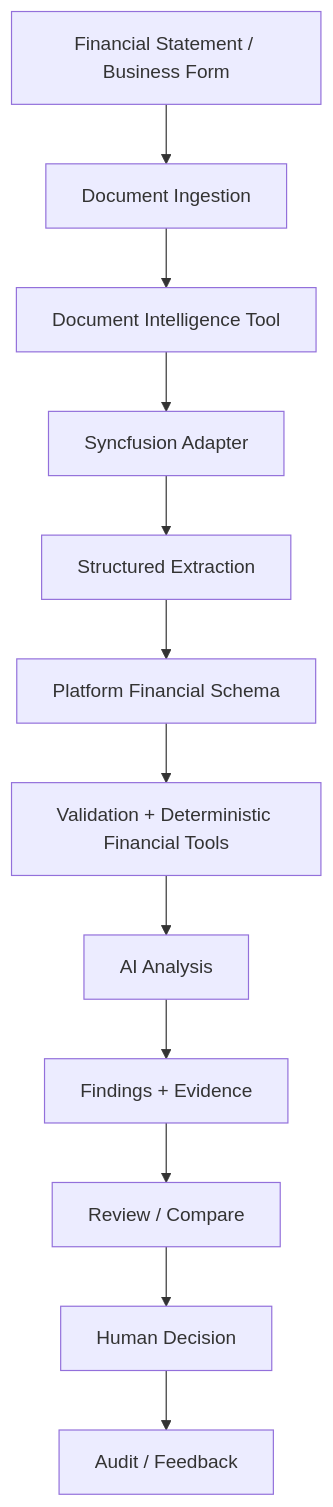
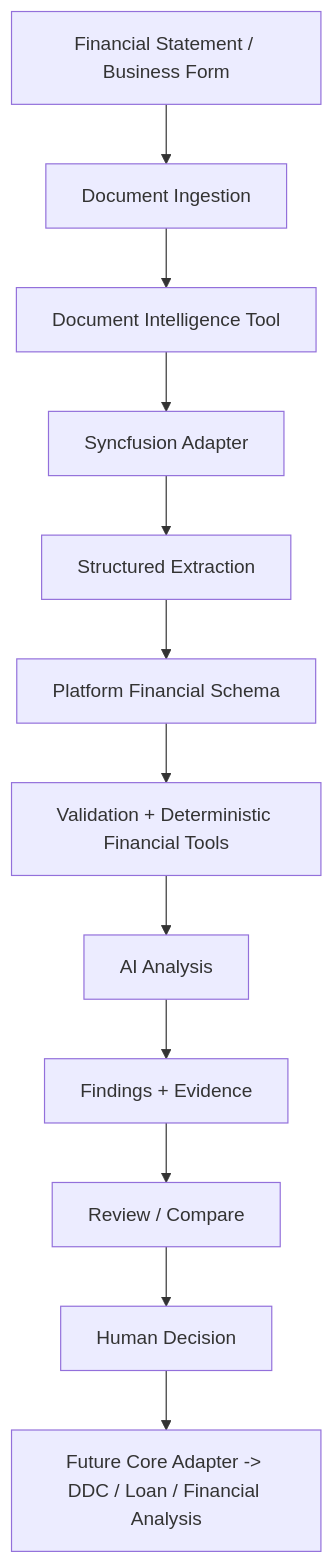
Diagram 11 of 11 in docs/research/Syncfusion-AI-Tools.md (Milancho/ai-engineering-playbook), drawn with Mermaid before and after one commit. The commit also changed other lines of this file, not shown here.

Commit message:
docs: connect Syncfusion findings to Core frontend and backend architecture

````diff
--- a/docs/research/Syncfusion-AI-Tools.md
+++ b/docs/research/Syncfusion-AI-Tools.md
@@ -189,14 +244,14 @@
 ```mermaid
 flowchart TD
     A[Financial Statement / Business Form] --> B[Document Ingestion]
     B --> C[Document Intelligence Tool]
     C --> D[Syncfusion Adapter]
     D --> E[Structured Extraction]
     E --> F[Platform Financial Schema]
     F --> G[Validation + Deterministic Financial Tools]
     G --> H[AI Analysis]
     H --> I[Findings + Evidence]
     I --> J[Review / Compare]
     J --> K[Human Decision]
-    K --> L[Audit / Feedback]
+    K --> L[Future Core Adapter -> DDC / Loan / Financial Analysis]
 ```
````
